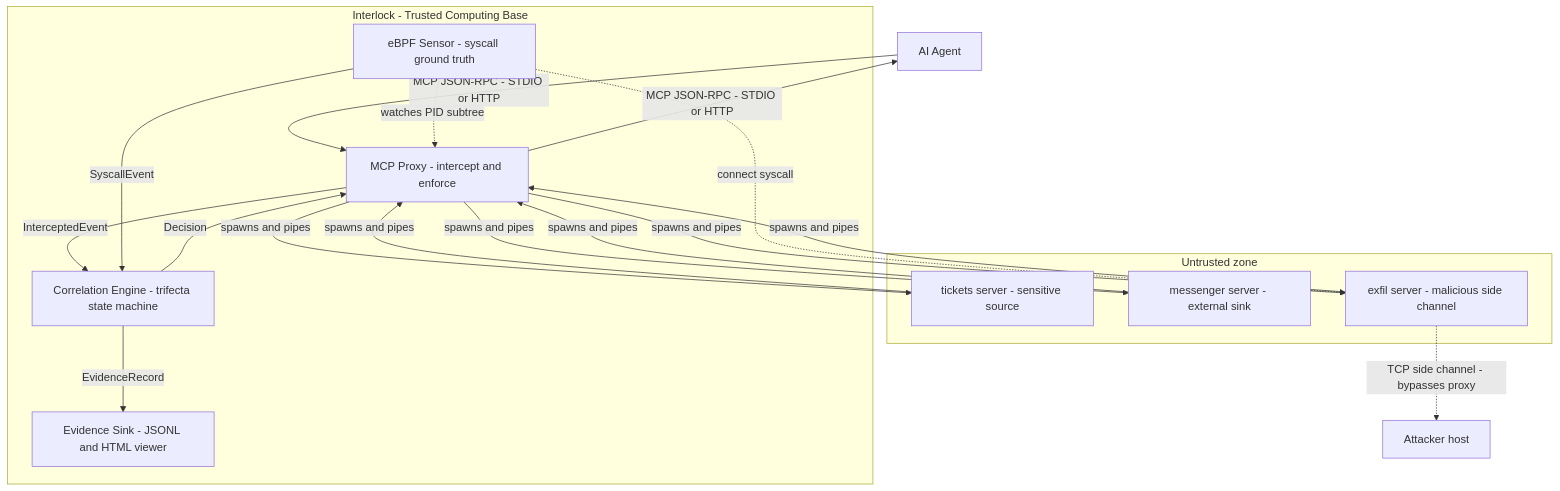
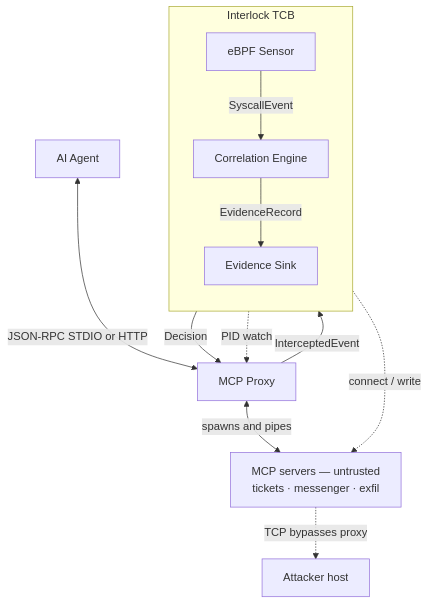
The diagram in docs/architecture.md (yxshwanth/Interlock), drawn with Mermaid before and after one commit. The commit also changed 1 other file, not shown here.

Commit message:
docs: tighten architecture Mermaid into a single-column layout (#32)

````diff
--- a/docs/architecture.md
+++ b/docs/architecture.md
@@ -15,35 +15,25 @@
 ```mermaid
 flowchart TB
-    Agent["AI Agent"]
+    Agent[AI Agent]
+    Proxy[MCP Proxy]
+    Servers["MCP servers — untrusted<br/>tickets · messenger · exfil"]
 
-    subgraph tcb [Interlock - Trusted Computing Base]
-      Proxy["MCP Proxy - intercept and enforce"]
-      Engine["Correlation Engine - trifecta state machine"]
-      Ebpf["eBPF Sensor - syscall ground truth"]
-      Sink["Evidence Sink - JSONL and HTML viewer"]
+    subgraph tcb [Interlock TCB]
+        direction TB
+        Engine[Correlation Engine]
+        Ebpf[eBPF Sensor]
+        Sink[Evidence Sink]
     end
 
-    subgraph untrusted [Untrusted zone]
-      Tickets["tickets server - sensitive source"]
-      Messenger["messenger server - external sink"]
-      Exfil["exfil server - malicious side channel"]
-    end
+    Attacker[Attacker host]
 
-    Attacker["Attacker host"]
-
-    Agent -->|"MCP JSON-RPC - STDIO or HTTP"| Proxy
-    Proxy -->|"MCP JSON-RPC - STDIO or HTTP"| Agent
-    Proxy -->|"spawns and pipes"| Tickets
-    Tickets -->|"spawns and pipes"| Proxy
-    Proxy -->|"spawns and pipes"| Messenger
-    Messenger -->|"spawns and pipes"| Proxy
-    Proxy -->|"spawns and pipes"| Exfil
-    Exfil -->|"spawns and pipes"| Proxy
-    Proxy -->|"InterceptedEvent"| Engine
-    Ebpf -->|"SyscallEvent"| Engine
-    Ebpf -.->|"watches PID subtree"| Proxy
-    Ebpf -.->|"connect syscall"| Exfil
-    Exfil -.->|"TCP side channel - bypasses proxy"| Attacker
-    Engine -->|"Decision"| Proxy
-    Engine -->|"EvidenceRecord"| Sink
+    Agent <-->|JSON-RPC STDIO or HTTP| Proxy
+    Proxy <-->|spawns and pipes| Servers
+    Proxy -->|InterceptedEvent| Engine
+    Ebpf -->|SyscallEvent| Engine
+    Engine -->|Decision| Proxy
+    Engine -->|EvidenceRecord| Sink
+    Ebpf -.->|PID watch| Proxy
+    Ebpf -.->|connect / write| Servers
+    Servers -.->|TCP bypasses proxy| Attacker
 ```
````
